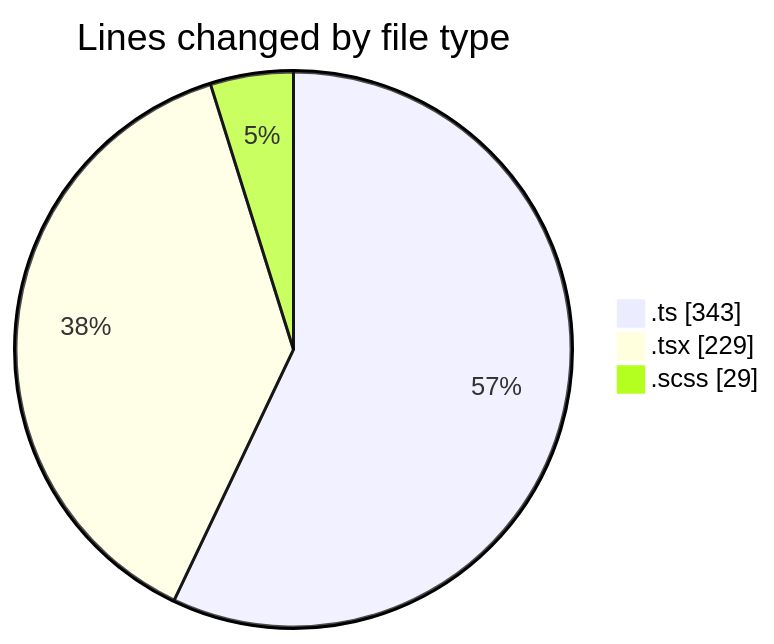
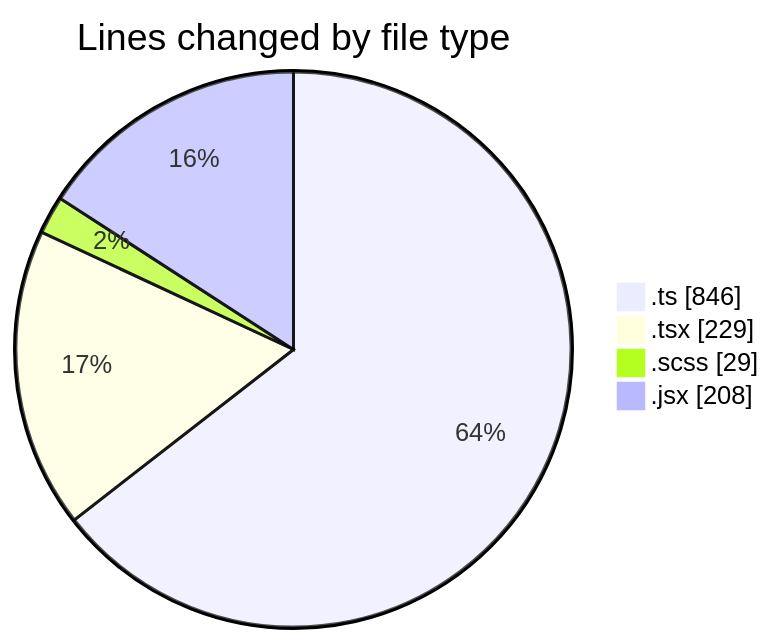
One commit to momahboobian/code-tracking changed the first of 2 diagrams in 2026-03-18/cda/README.md. Above: the diagram before and after it, drawn with Mermaid. The commit also changed other lines of this file and 1 other file, not shown here.

````diff
--- a/2026-03-18/cda/README.md
+++ b/2026-03-18/cda/README.md
@@ -24,7 +26,8 @@
 ```mermaid
 pie showData
 title Lines changed by file type
-".ts" : 343
+".ts" : 846
 ".tsx" : 229
 ".scss" : 29
+".jsx" : 208
 ```
````
